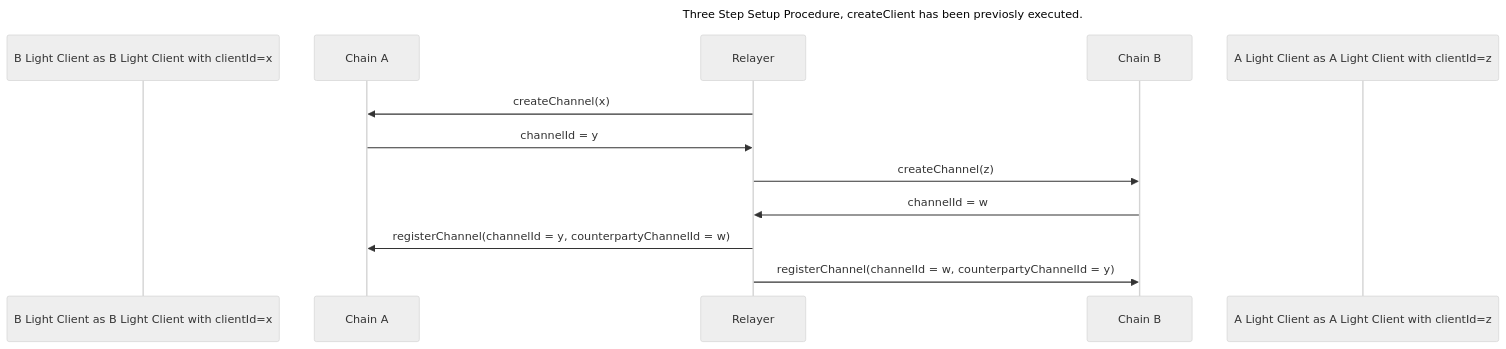
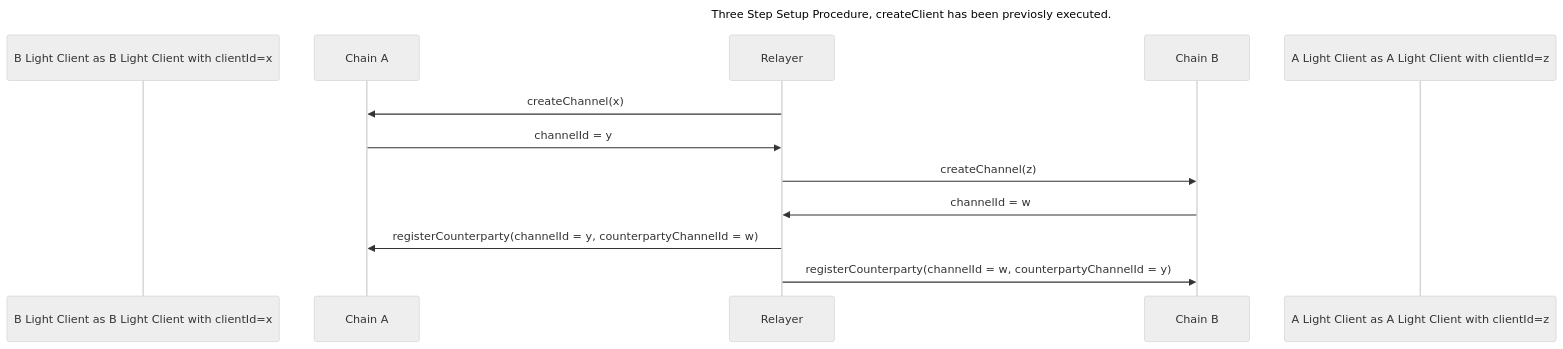
One commit to cosmos/ibc changed the second of 5 diagrams in spec/core/v2/ics-004-channel-and-packet-semantics/README.md. Above: the diagram before and after it, drawn with Mermaid (neutral theme). The commit also changed other lines of this file, not shown here.

Commit message:
change registerChannel to registerCounterparty

````diff
--- a/spec/core/v2/ics-004-channel-and-packet-semantics/README.md
+++ b/spec/core/v2/ics-004-channel-and-packet-semantics/README.md
@@ -248,17 +248,17 @@
 ```mermaid
 ---
 title: Three Step Setup Procedure, createClient has been previosly executed.   
 ---
 sequenceDiagram
     Participant B Light Client as B Light Client with clientId=x  
     Participant Chain A
     Participant Relayer 
     Participant Chain B
     Participant A Light Client as A Light Client with clientId=z   
     Relayer ->> Chain A : createChannel(x)
     Chain A ->> Relayer : channelId = y
     Relayer ->> Chain B : createChannel(z)
     Chain B ->> Relayer : channelId = w
-    Relayer ->> Chain A : registerChannel(channelId = y, counterpartyChannelId = w)
-    Relayer ->> Chain B : registerChannel(channelId = w, counterpartyChannelId = y) 
+    Relayer ->> Chain A : registerCounterparty(channelId = y, counterpartyChannelId = w)
+    Relayer ->> Chain B : registerCounterparty(channelId = w, counterpartyChannelId = y) 
 ```
````
